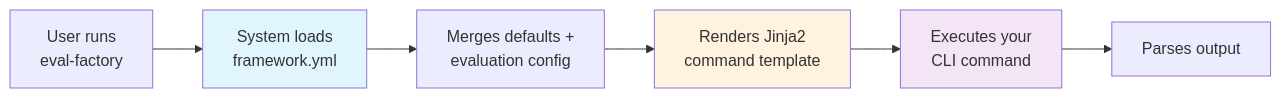
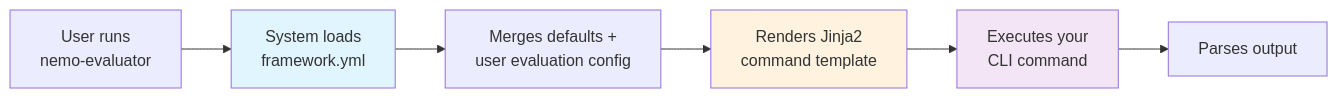
Before and after one commit to NVIDIA-NeMo/Evaluator: the diagram in docs/about/concepts/framework-definition-file.md, drawn with Mermaid. The commit also changed other lines of this file and 8 other files, not shown here.

````diff
--- a/docs/about/concepts/framework-definition-file.md
+++ b/docs/about/concepts/framework-definition-file.md
@@ -25,12 +25,12 @@
 ```{mermaid}
 graph LR
-    A[User runs<br/>eval-factory] --> B[System loads<br/>framework.yml]
-    B --> C[Merges defaults +<br/>evaluation config]
+    A[User runs<br/>nemo-evaluator] --> B[System loads<br/>framework.yml]
+    B --> C[Merges defaults +<br/> user evaluation config]
     C --> D[Renders Jinja2<br/>command template]
     D --> E[Executes your<br/>CLI command]
     E --> F[Parses output]
     
     style B fill:#e1f5fe
     style D fill:#fff3e0
     style E fill:#f3e5f5
 ```
````
